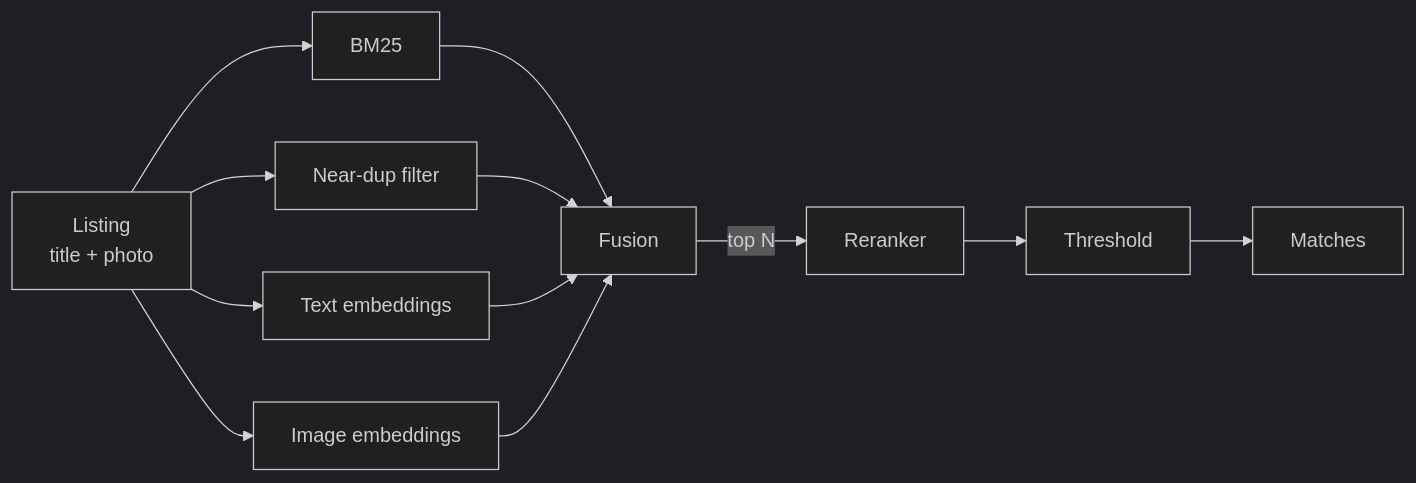
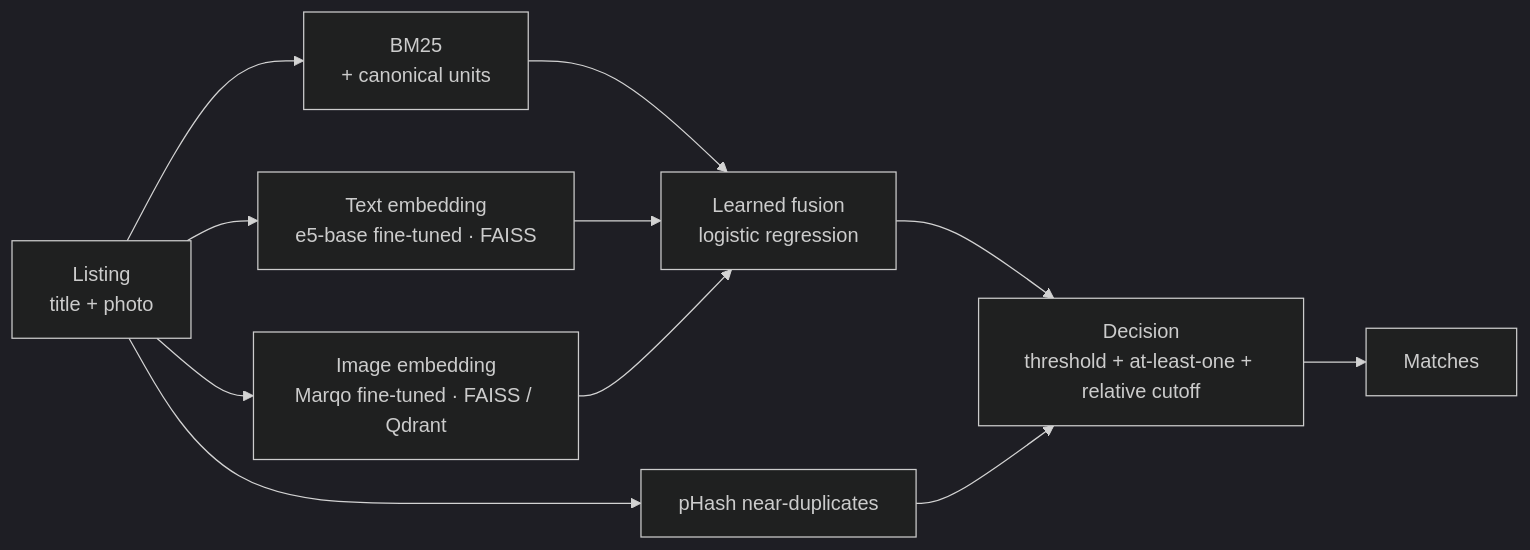
The diagram in README.md (stkef/matchlens), drawn with Mermaid (dark theme) before and after one commit. The commit also changed other lines of this file and 20 other files, not shown here.

````diff
--- a/README.md
+++ b/README.md
@@ -38,10 +52,9 @@
 ```mermaid
 flowchart LR
-    Q[Listing<br/>title + photo] --> R1[BM25]
-    Q --> R2[Near-dup filter]
-    Q --> R3[Text embeddings]
-    Q --> R4[Image embeddings]
-    R1 & R2 & R3 & R4 --> F[Fusion]
-    F -->|top N| RR[Reranker]
-    RR --> D[Threshold] --> M[Matches]
+    Q[Listing<br/>title + photo] --> R1[BM25<br/>+ canonical units]
+    Q --> R3[Text embedding<br/>e5-base fine-tuned · FAISS]
+    Q --> R4[Image embedding<br/>Marqo fine-tuned · FAISS / Qdrant]
+    R1 & R3 & R4 --> F[Learned fusion<br/>logistic regression]
+    Q --> R2[pHash near-duplicates]
+    F & R2 --> D[Decision<br/>threshold + at-least-one + relative cutoff] --> M[Matches]
 ```
````
